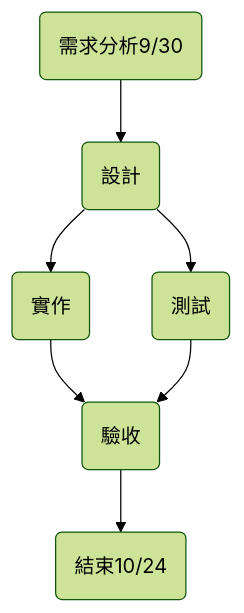
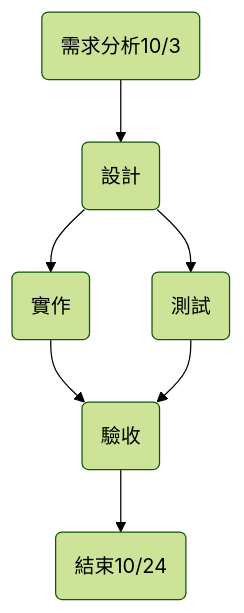
The second of 3 diagrams in README.md (gino2066/-), drawn with Mermaid (forest theme) before and after one commit.

````diff
--- a/README.md
+++ b/README.md
@@ -26,9 +26,9 @@
 ```mermaid
 graph TD
-    A(需求分析9/30) --> B(設計)
+    A(需求分析10/3) --> B(設計)
     B --> C(實作)
     B --> D(測試)
     C --> E(驗收)
     D --> E
     E --> F(結束10/24)
 ```
````
